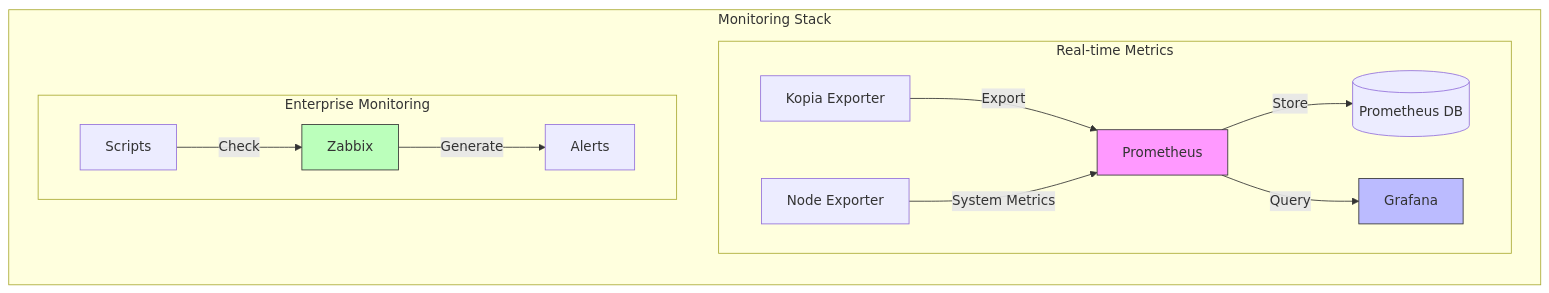
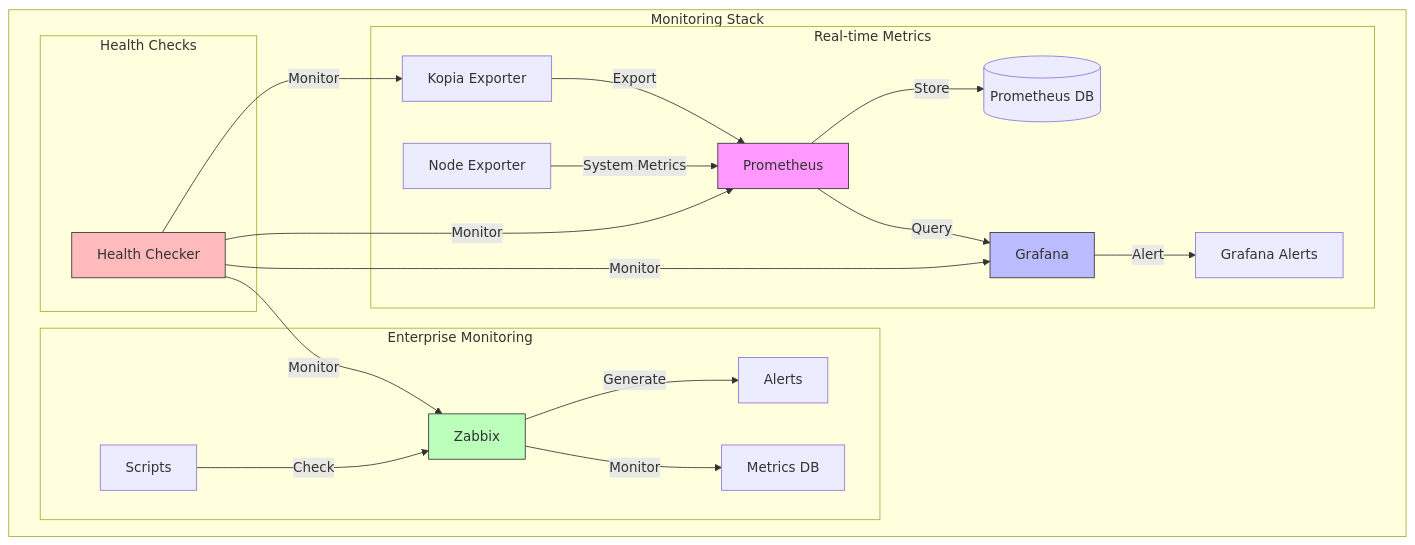
Before and after one commit to eblet/kopia-backup-run: the diagram in monitoring/README.md, drawn with Mermaid.

Commit message:
edit graph

````diff
--- a/monitoring/README.md
+++ b/monitoring/README.md
@@ -12,22 +12,30 @@
 ```mermaid
-graph LR
+graph TB
     subgraph "Monitoring Stack"
         subgraph "Real-time Metrics"
-            direction LR
             KE[Kopia Exporter] -->|Export| P[Prometheus]
             NE[Node Exporter] -->|System Metrics| P
             P -->|Store| PD[(Prometheus DB)]
             P -->|Query| G[Grafana]
+            G -->|Alert| GA[Grafana Alerts]
         end
 
         subgraph "Enterprise Monitoring"
-            direction LR
             ZS[Scripts] -->|Check| Z[Zabbix]
             Z -->|Generate| ZA[Alerts]
+            Z -->|Monitor| ZM[Metrics DB]
+        end
+
+        subgraph "Health Checks"
+            HC[Health Checker] -->|Monitor| KE
+            HC -->|Monitor| P
+            HC -->|Monitor| G
+            HC -->|Monitor| Z
         end
     end
 
     style P fill:#f9f,stroke:#333
     style G fill:#bbf,stroke:#333    
     style Z fill:#bfb,stroke:#333
+    style HC fill:#fbb,stroke:#333
 ```
````
